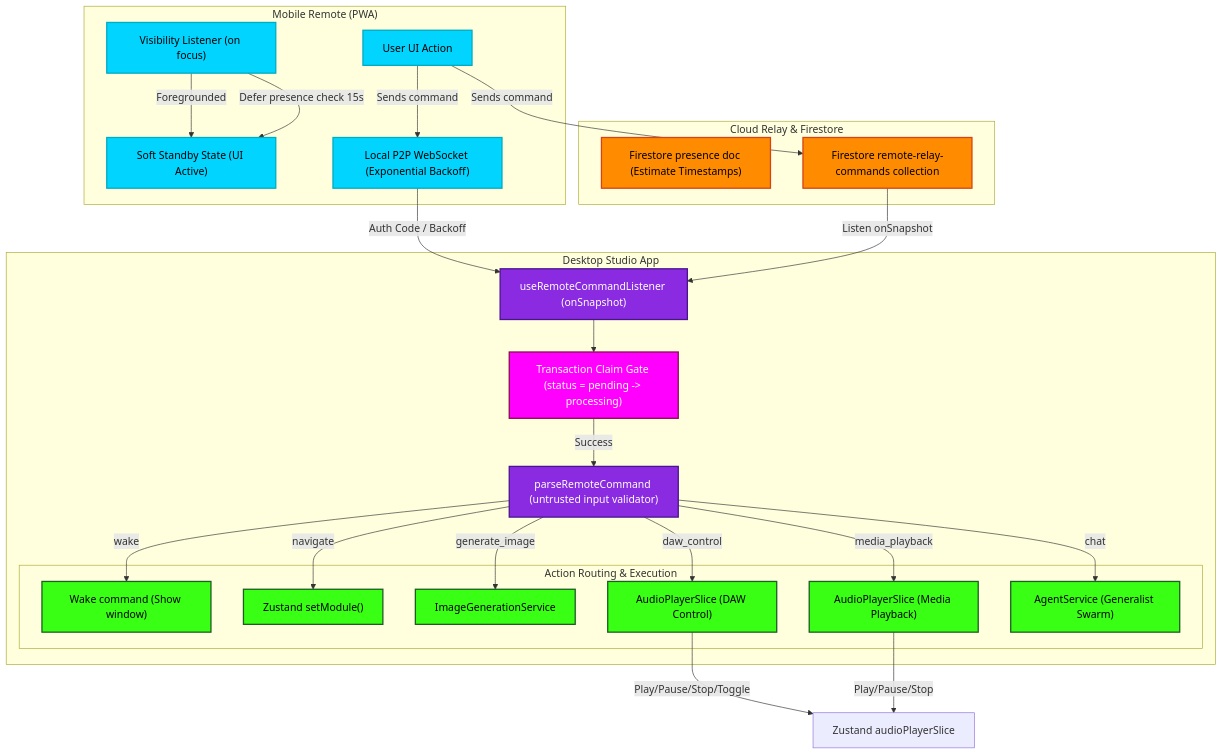
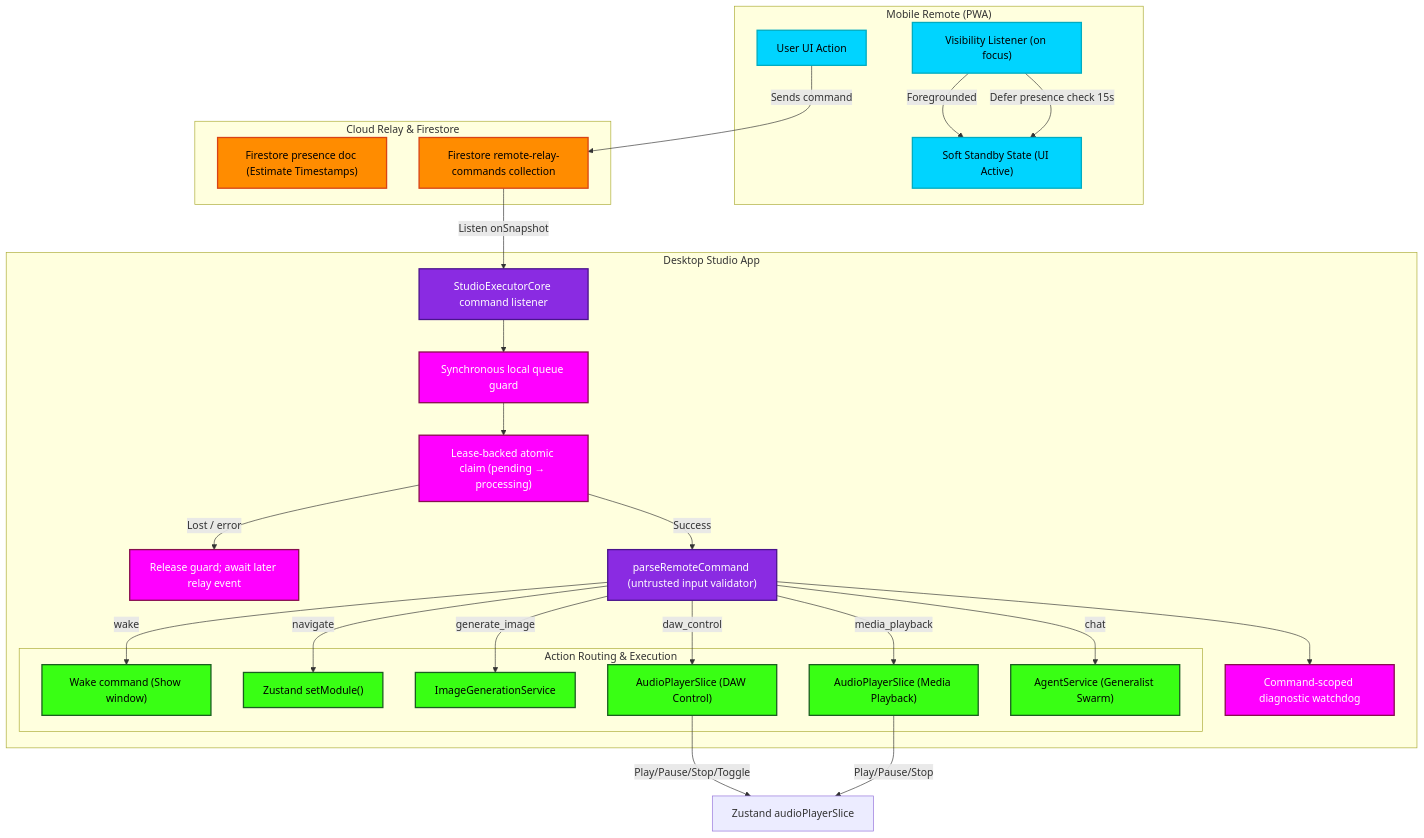
One commit to indii-music-founder/indii-music-founder changed the diagram in docs/flowcharts/remote-connection-relay-macro.md. Above: the diagram before and after it, drawn with Mermaid. The commit also changed other lines of this file and 15 other files, not shown here.

Commit message:
fix(remote): close executor queue audit gaps

````diff
--- a/docs/flowcharts/remote-connection-relay-macro.md
+++ b/docs/flowcharts/remote-connection-relay-macro.md
@@ -9,72 +9,77 @@
 ```mermaid
 graph TD
     %% System Layers & Color Coding
     subgraph MobileRemoteLayer["Mobile Remote (PWA)"]
         UserInteraction["User UI Action"]
         VisibilityListener["Visibility Listener (on focus)"]
         SoftStandby["Soft Standby State (UI Active)"]
-        LocalWS["Local P2P WebSocket (Exponential Backoff)"]
     end
 
     subgraph FirebaseLayer["Cloud Relay & Firestore"]
         FirestoreRelay["Firestore presence doc (Estimate Timestamps)"]
         FirestoreCommands["Firestore remote-relay-commands collection"]
     end
 
     subgraph DesktopRelayLayer["Desktop Studio App"]
-        Listener["useRemoteCommandListener (onSnapshot)"]
-        TransactionClaim["Transaction Claim Gate (status = pending -> processing)"]
+        Listener["StudioExecutorCore command listener"]
+        QueueGuard["Synchronous local queue guard"]
+        TransactionClaim["Lease-backed atomic claim (pending → processing)"]
+        ReleaseGuard["Release guard; await later relay event"]
+        Watchdog["Command-scoped diagnostic watchdog"]
         Parser["parseRemoteCommand (untrusted input validator)"]
         
         subgraph ActionHandlers["Action Routing & Execution"]
             WakeAction["Wake command (Show window)"]
             NavigateAction["Zustand setModule()"]
             ImageAction["ImageGenerationService"]
             DAWAction["AudioPlayerSlice (DAW Control)"]
             MediaAction["AudioPlayerSlice (Media Playback)"]
             ChatAction["AgentService (Generalist Swarm)"]
         end
     end
 
     %% Flow transitions
-    UserInteraction -->|Sends command| LocalWS
     UserInteraction -->|Sends command| FirestoreCommands
     VisibilityListener -->|Foregrounded| SoftStandby
     VisibilityListener -->|Defer presence check 15s| SoftStandby
     
-    LocalWS -->|Auth Code / Backoff| Listener
     FirestoreCommands -->|Listen onSnapshot| Listener
     
-    Listener --> TransactionClaim
+    Listener --> QueueGuard
+    QueueGuard --> TransactionClaim
     TransactionClaim -->|Success| Parser
+    TransactionClaim -->|Lost / error| ReleaseGuard
+    Parser --> Watchdog
     
     Parser -->|wake| WakeAction
     Parser -->|navigate| NavigateAction
     Parser -->|generate_image| ImageAction
     Parser -->|daw_control| DAWAction
     Parser -->|media_playback| MediaAction
     Parser -->|chat| ChatAction
 
     DAWAction -->|Play/Pause/Stop/Toggle| AudioPlayer["Zustand audioPlayerSlice"]
     MediaAction -->|Play/Pause/Stop| AudioPlayer
 
     %% Styles
     style UserInteraction fill:#00D4FF,stroke:#00acc1,stroke-width:2px,color:#000
     style VisibilityListener fill:#00D4FF,stroke:#00acc1,stroke-width:2px,color:#000
     style SoftStandby fill:#00D4FF,stroke:#00acc1,stroke-width:2px,color:#000
-    style LocalWS fill:#00D4FF,stroke:#00acc1,stroke-width:2px,color:#000
     
     style FirestoreRelay fill:#FF8C00,stroke:#d84315,stroke-width:2px,color:#000
     style FirestoreCommands fill:#FF8C00,stroke:#d84315,stroke-width:2px,color:#000
     
     style Listener fill:#8A2BE2,stroke:#4a148c,stroke-width:2px,color:#fff
     style TransactionClaim fill:#FF00FF,stroke:#880e4f,stroke-width:2px,color:#fff
+    style QueueGuard fill:#FF00FF,stroke:#880e4f,stroke-width:2px,color:#fff
+    style ReleaseGuard fill:#FF00FF,stroke:#880e4f,stroke-width:2px,color:#fff
+    style Watchdog fill:#FF00FF,stroke:#880e4f,stroke-width:2px,color:#fff
     style Parser fill:#8A2BE2,stroke:#4a148c,stroke-width:2px,color:#fff
     
     style WakeAction fill:#39FF14,stroke:#1b5e20,stroke-width:2px,color:#000
     style NavigateAction fill:#39FF14,stroke:#1b5e20,stroke-width:2px,color:#000
     style ImageAction fill:#39FF14,stroke:#1b5e20,stroke-width:2px,color:#000
     style DAWAction fill:#39FF14,stroke:#1b5e20,stroke-width:2px,color:#000
     style MediaAction fill:#39FF14,stroke:#1b5e20,stroke-width:2px,color:#000
     style ChatAction fill:#39FF14,stroke:#1b5e20,stroke-width:2px,color:#000
 ```
````
